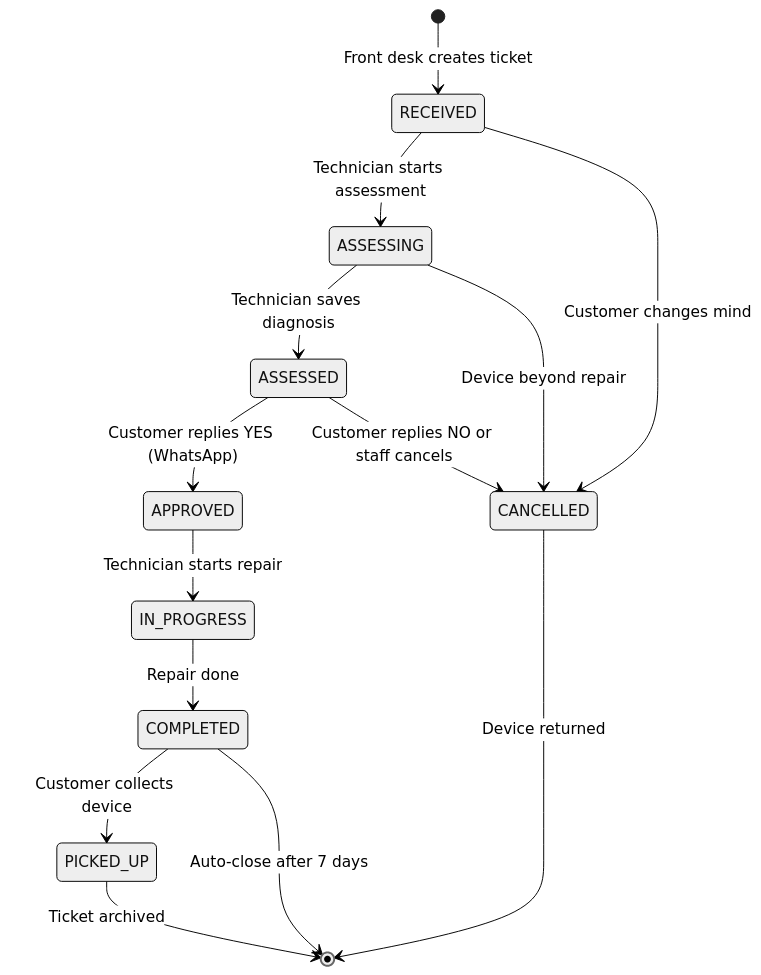
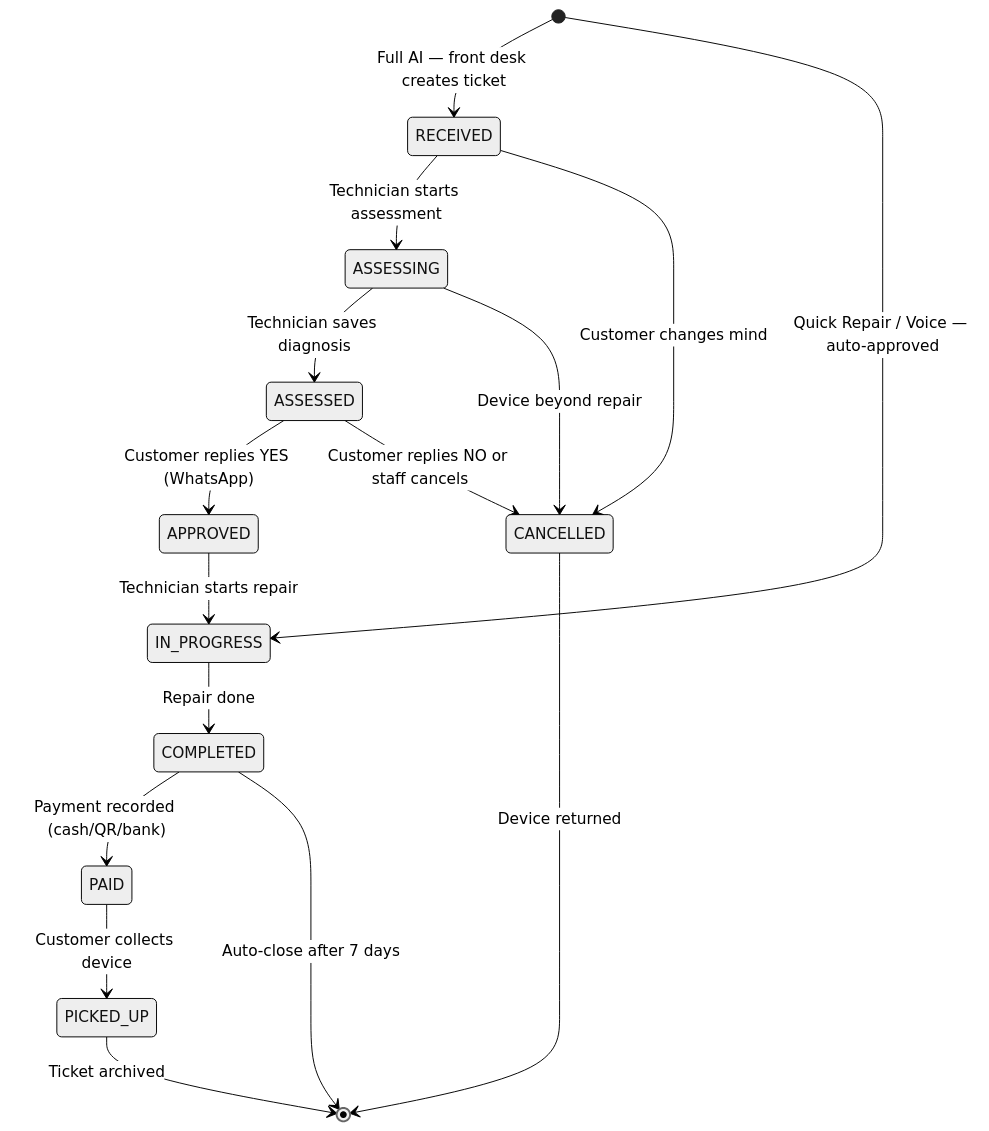
The first of 9 diagrams in 07-mermaid-diagrams.md (m-amirazmi/ai-repairintake), drawn with Mermaid (neutral theme) before and after one commit. The commit also changed other lines of this file and 13 other files, not shown here.

First line of the commit message:
feat: Enhance ticket intake process with Quick Repair and Voice Intake flows

````diff
--- a/07-mermaid-diagrams.md
+++ b/07-mermaid-diagrams.md
@@ -9,16 +9,19 @@
 ```mermaid
 stateDiagram-v2
-    [*] --> RECEIVED: Front desk creates ticket
+    [*] --> RECEIVED: Full AI — front desk creates ticket
+    [*] --> IN_PROGRESS: Quick Repair / Voice — auto-approved
+
     RECEIVED --> ASSESSING: Technician starts assessment
     ASSESSING --> ASSESSED: Technician saves diagnosis
     ASSESSED --> APPROVED: Customer replies YES (WhatsApp)
     ASSESSED --> CANCELLED: Customer replies NO or staff cancels
     RECEIVED --> CANCELLED: Customer changes mind
     ASSESSING --> CANCELLED: Device beyond repair
     APPROVED --> IN_PROGRESS: Technician starts repair
     IN_PROGRESS --> COMPLETED: Repair done
-    COMPLETED --> PICKED_UP: Customer collects device
+    COMPLETED --> PAID: Payment recorded (cash/QR/bank)
+    PAID --> PICKED_UP: Customer collects device
     COMPLETED --> [*]: Auto-close after 7 days
     CANCELLED --> [*]: Device returned
     PICKED_UP --> [*]: Ticket archived
 ```
````
